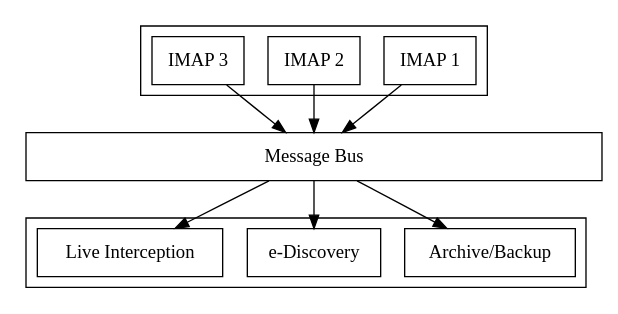
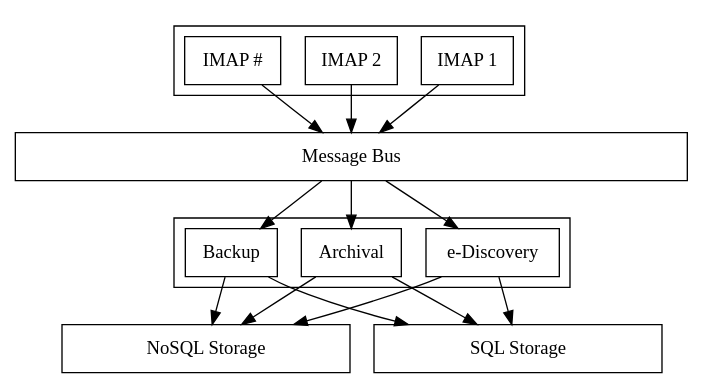
One commit to kanarip/kolab-docs changed the first of 5 diagrams in source/architecture-and-design/bonnie.rst. Above: the diagram before and after it, drawn with Graphviz. The commit also changed other lines of this file and 2 other files, not shown here.

Commit message:
Amend some verbiage on the architecture and design

```diff
--- a/source/architecture-and-design/bonnie.rst
+++ b/source/architecture-and-design/bonnie.rst
@@ -44,25 +41,32 @@
 .. graphviz::
 
     digraph {
             subgraph cluster_imap {
+                    width = 7.0;
                     "IMAP 1" [shape=rectangle];
                     "IMAP 2" [shape=rectangle];
-                    "IMAP 3" [shape=rectangle];
+                    "IMAP #" [shape=rectangle];
                 }
 
-            "Message Bus" [shape=rectangle,width=6.0];
+            "Message Bus" [shape=rectangle,width=7.0];
 
             "IMAP 1" -> "Message Bus";
             "IMAP 2" -> "Message Bus";
-            "IMAP 3" -> "Message Bus";
+            "IMAP #" -> "Message Bus";
 
             subgraph cluster_subscribers {
-                    "Archive/Backup" [shape=rectangle];
+                    width = 7.0;
+                    "Archival" [shape=rectangle];
+                    "Backup" [shape=rectangle];
                     "e-Discovery" [shape=rectangle];
-                    "Live Interception" [shape=rectangle];
                 }
 
-            "Message Bus" -> "Archive/Backup";
+            "Message Bus" -> "Archival";
+            "Message Bus" -> "Backup";
             "Message Bus" -> "e-Discovery";
-            "Message Bus" -> "Live Interception";
+
+            "NoSQL Storage" [shape=rectangle,width=3.0];
+            "SQL Storage" [shape=rectangle,width=3.0];
+
+            "Archival", "Backup", "e-Discovery" -> "NoSQL Storage", "SQL Storage";
         }
```
